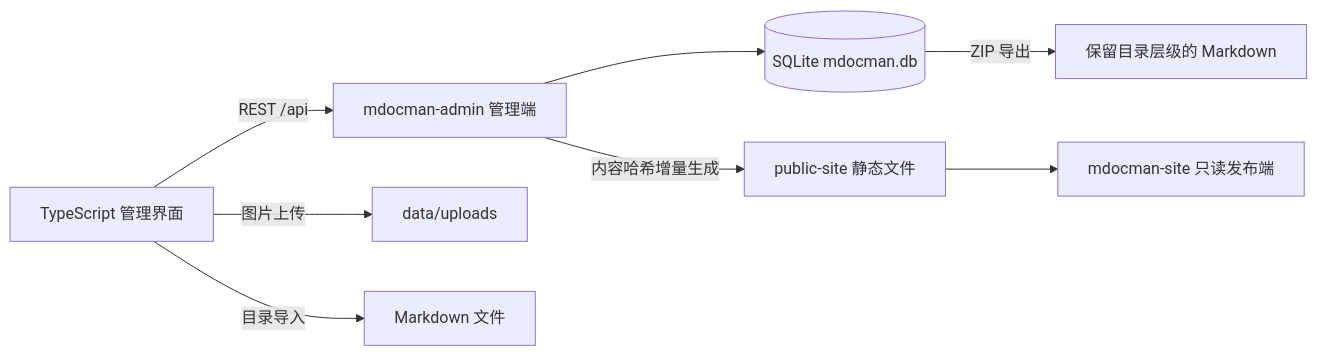
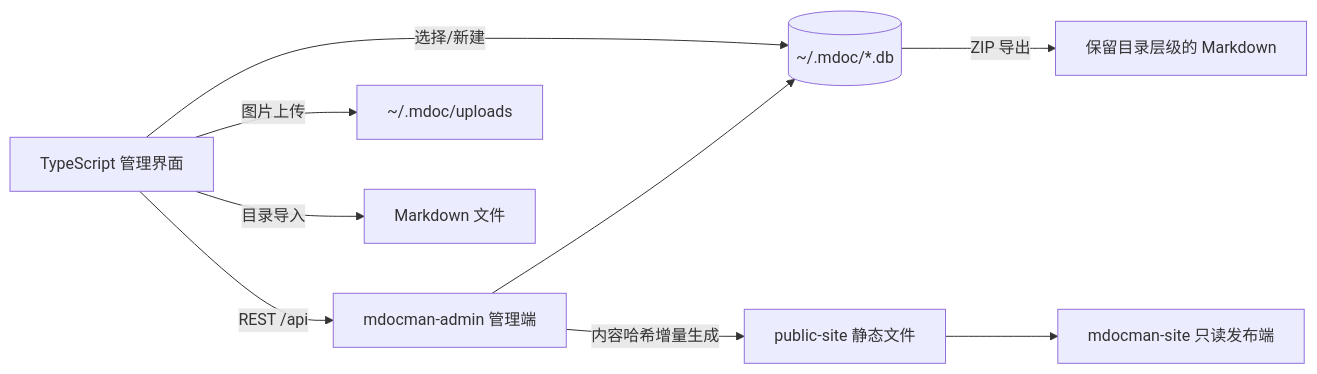
The first of 2 diagrams in docs/architecture.md (raoqu/mdoc), drawn with Mermaid before and after one commit. The commit also changed 67 other files, not shown here.

````diff
--- a/docs/architecture.md
+++ b/docs/architecture.md
@@ -5,10 +5,11 @@
 ```mermaid
 flowchart LR
     UI[TypeScript 管理界面] -->|REST /api| Admin[mdocman-admin 管理端]
-    Admin --> DB[(SQLite mdocman.db)]
-    UI -->|图片上传| Assets[data/uploads]
+    UI -->|选择/新建| Registry[(~/.mdoc/*.db)]
+    Admin --> Registry
+    UI -->|图片上传| Assets[~/.mdoc/uploads]
     Admin -->|内容哈希增量生成| Static[public-site 静态文件]
     Static --> Site[mdocman-site 只读发布端]
     UI -->|目录导入| Import[Markdown 文件]
-    DB -->|ZIP 导出| Export[保留目录层级的 Markdown]
+    Registry -->|ZIP 导出| Export[保留目录层级的 Markdown]
 ```
````
